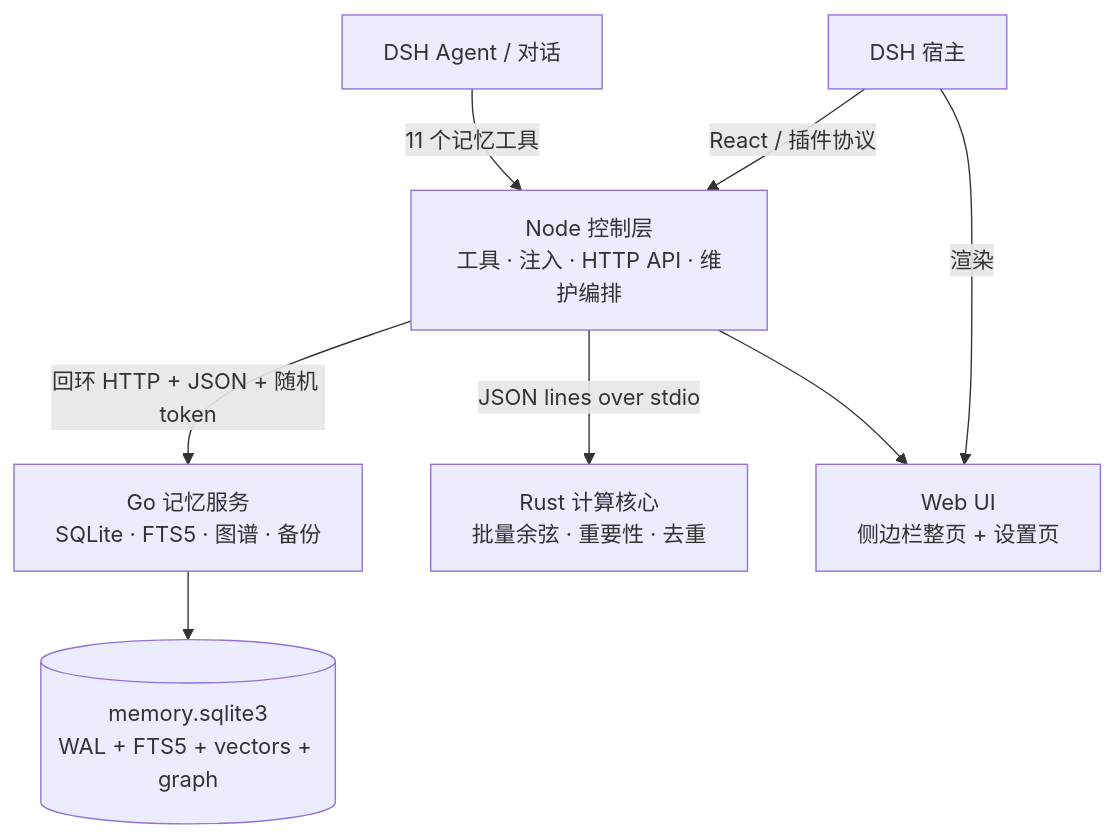
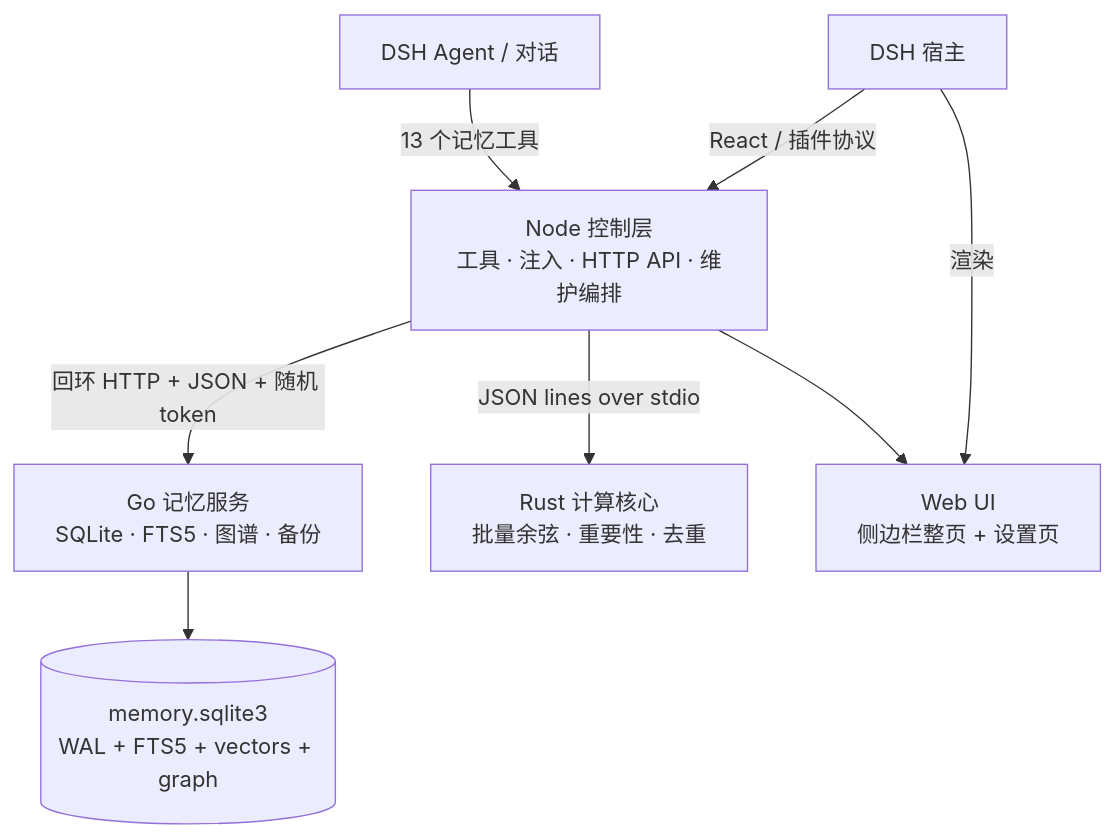
One commit to theBeautifulIce/dsh-Immunity-memory changed the diagram in README.md. Above: the diagram before and after it, drawn with Mermaid. The commit also changed other lines of this file and 19 other files, not shown here.

````diff
--- a/README.md
+++ b/README.md
@@ -91,10 +93,10 @@
 ```mermaid
 flowchart TB
-  A["DSH Agent / 对话"] -->|"11 个记忆工具"| B["Node 控制层<br/>工具 · 注入 · HTTP API · 维护编排"]
+  A["DSH Agent / 对话"] -->|"13 个记忆工具"| B["Node 控制层<br/>工具 · 注入 · HTTP API · 维护编排"]
   B -->|"回环 HTTP + JSON + 随机 token"| C["Go 记忆服务<br/>SQLite · FTS5 · 图谱 · 备份"]
   B -->|"JSON lines over stdio"| D["Rust 计算核心<br/>批量余弦 · 重要性 · 去重"]
   C --> E[("memory.sqlite3<br/>WAL + FTS5 + vectors + graph")]
   B --> F["Web UI<br/>侧边栏整页 + 设置页"]
   G["DSH 宿主"] -->|"React / 插件协议"| B
   G -->|"渲染"| F
 ```
````
